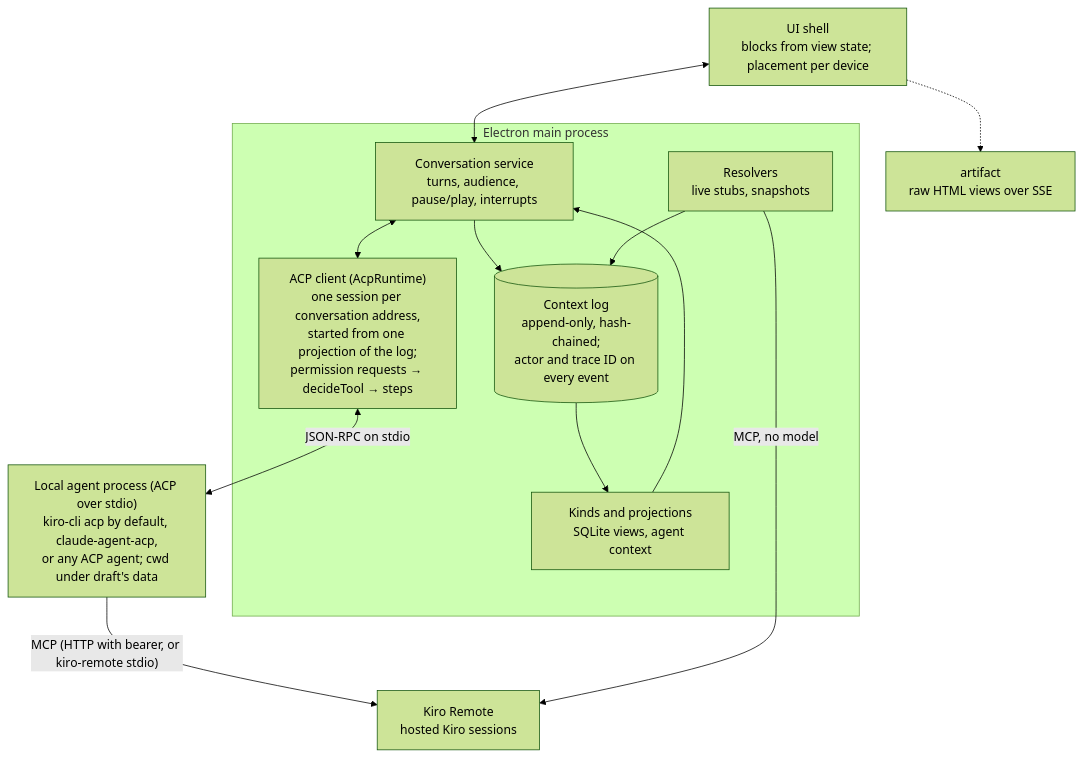
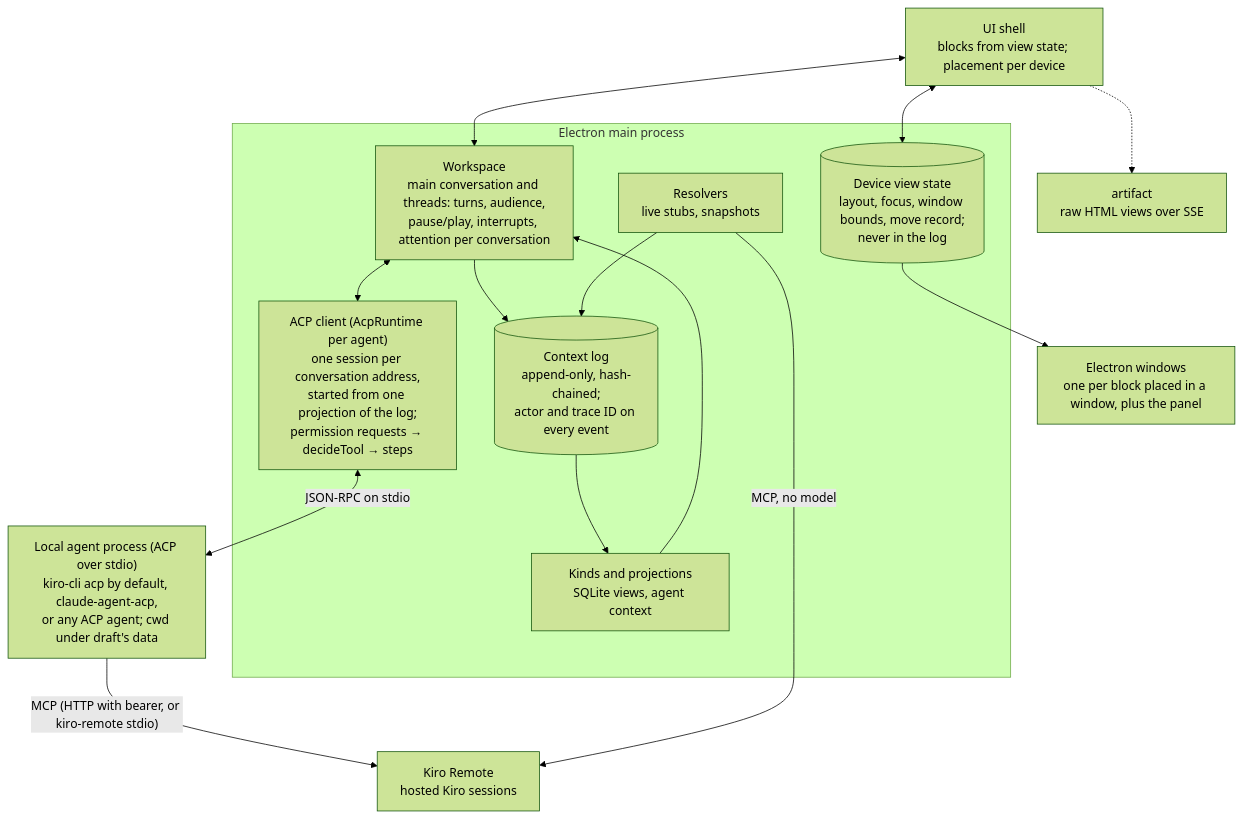
The first of 2 diagrams in docs/implementation.md (nikovirtala/draft), drawn with Mermaid (forest theme) before and after one commit. The commit also changed other lines of this file, not shown here.

Commit message:
docs: describe real windows, threads and focus in the implementation

````diff
--- a/docs/implementation.md
+++ b/docs/implementation.md
@@ -29,22 +29,26 @@
 ```mermaid
 flowchart TB
     ui["UI shell<br/>blocks from view state; placement per device"]
+    win["Electron windows<br/>one per block placed in a window, plus the panel"]
     subgraph main["Electron main process"]
-        acp["ACP client (AcpRuntime)<br/>one session per conversation address,<br/>started from one projection of the log;<br/>permission requests → decideTool → steps"]
-        conv["Conversation service<br/>turns, audience, pause/play, interrupts"]
+        acp["ACP client (AcpRuntime per agent)<br/>one session per conversation address,<br/>started from one projection of the log;<br/>permission requests → decideTool → steps"]
+        conv["Workspace<br/>main conversation and threads: turns, audience,<br/>pause/play, interrupts, attention per conversation"]
+        dev[("Device view state<br/>layout, focus, window bounds, move record;<br/>never in the log")]
         log[("Context log<br/>append-only, hash-chained;<br/>actor and trace ID on every event")]
         proj["Kinds and projections<br/>SQLite views, agent context"]
         res["Resolvers<br/>live stubs, snapshots"]
     end
     agent["Local agent process (ACP over stdio)<br/>kiro-cli acp by default, claude-agent-acp,<br/>or any ACP agent; cwd under draft's data"]
     kr["Kiro Remote<br/>hosted Kiro sessions"]
     artifact["artifact<br/>raw HTML views over SSE"]
     ui <--> conv
+    ui <--> dev
+    dev --> win
     conv --> log --> proj --> conv
     conv <--> acp
     acp <-- "JSON-RPC on stdio" --> agent
     agent -- "MCP (HTTP with bearer, or kiro-remote stdio)" --> kr
     res -- "MCP, no model" --> kr
     res --> log
     ui -.-> artifact
 ```
````
